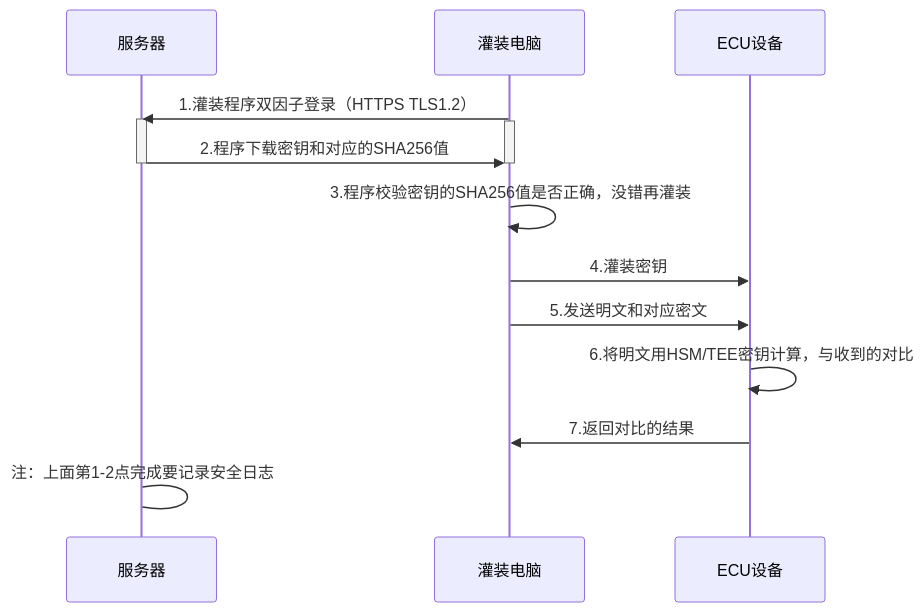
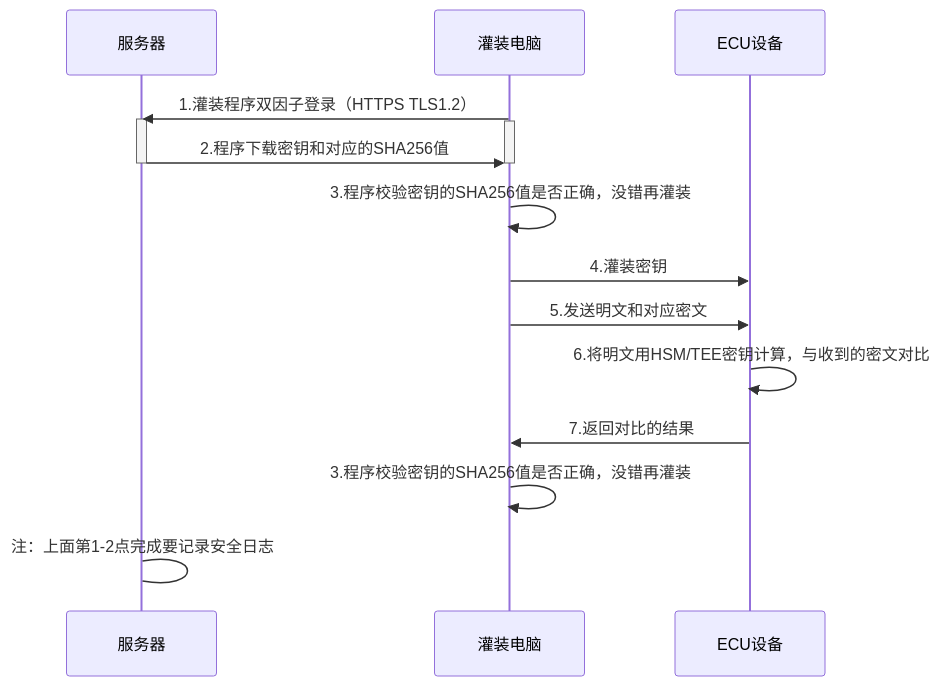
The diagram in all/未命名-25.md (facebook-cloud/iodraw-files), drawn with Mermaid before and after one commit.

Commit message:
2026-04-21 15:25:36 update

````diff
--- a/all/未命名-25.md
+++ b/all/未命名-25.md
@@ -1,24 +1,25 @@
 ```mermaid
 sequenceDiagram
   
     participant B as 服务器
     participant D as 灌装电脑
     participant E as ECU设备
 
     D->>B: 1.灌装程序双因子登录（HTTPS TLS1.2）
     activate B
     activate D
 
     B->>D: 2.程序下载密钥和对应的SHA256值 
 
     deactivate B
     deactivate D
     
     D->>D: 3.程序校验密钥的SHA256值是否正确，没错再灌装
     D->>E: 4.灌装密钥
     D->>E: 5.发送明文和对应密文
-    E->>E: 6.将明文用HSM/TEE密钥计算，与收到的对比
+    E->>E: 6.将明文用HSM/TEE密钥计算，与收到的密文对比
     E->>D: 7.返回对比的结果
+    D->>D: 3.程序校验密钥的SHA256值是否正确，没错再灌装
 
     B->B: 注：上面第1-2点完成要记录安全日志
 ```
````
